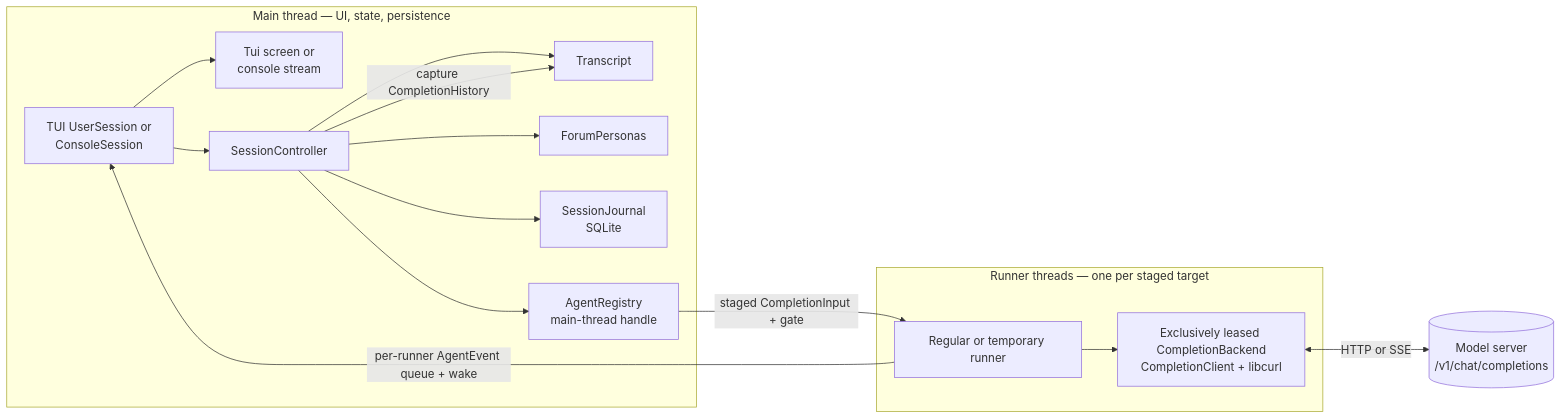
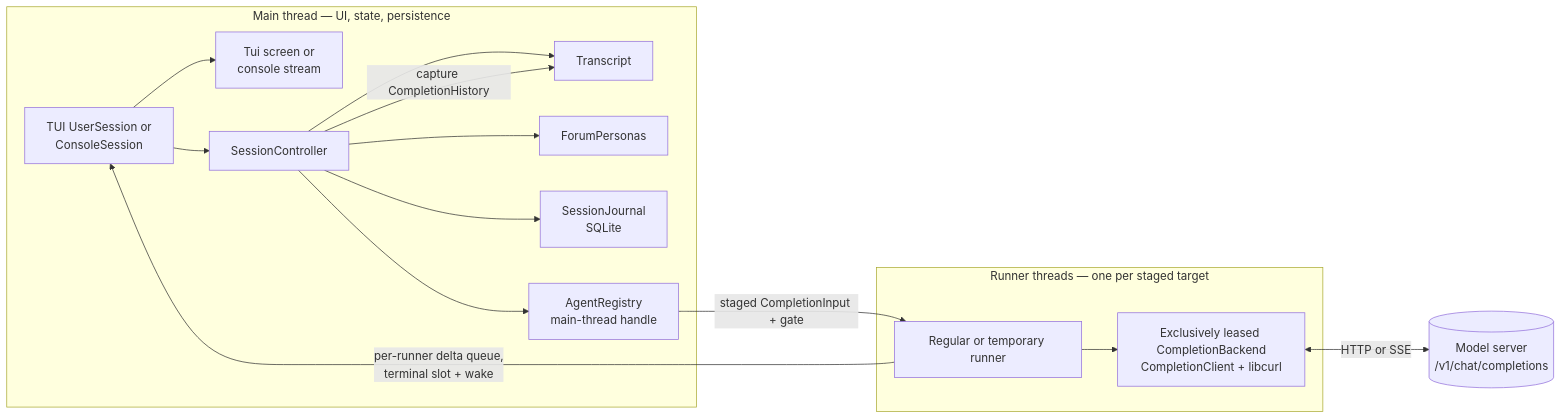
Before and after one commit to michaelpopov/cha: the first of 4 diagrams in src/README.md, drawn with Mermaid. The commit also changed other lines of this file and 16 other files, not shown here.

````diff
--- a/src/README.md
+++ b/src/README.md
@@ -95,31 +96,31 @@
 ```mermaid
 flowchart LR
     subgraph mainthread["Main thread — UI, state, persistence"]
         frontend["TUI UserSession or<br/>ConsoleSession"]
         presentation["Tui screen or<br/>console stream"]
         controller["SessionController"]
         conv["Transcript"]
         personas["ForumPersonas"]
         journal["SessionJournal<br/>SQLite"]
         registry["AgentRegistry<br/>main-thread handle"]
     end
 
     subgraph agentthreads["Runner threads — one per staged target"]
         execution["Regular or temporary runner"]
         backend["Exclusively leased CompletionBackend<br/>CompletionClient + libcurl"]
     end
 
     provider[("Model server<br/>/v1/chat/completions")]
 
     frontend --> presentation
     frontend --> controller
     controller --> conv
     controller --> personas
     controller --> journal
     controller --> registry
     controller -->|"capture CompletionHistory"| conv
     registry -->|"staged CompletionInput + gate"| execution
     execution --> backend
     backend <-->|"HTTP or SSE"| provider
-    execution -->|"per-runner AgentEvent queue + wake"| frontend
+    execution -->|"per-runner delta queue,<br/>terminal slot + wake"| frontend
 ```
````
